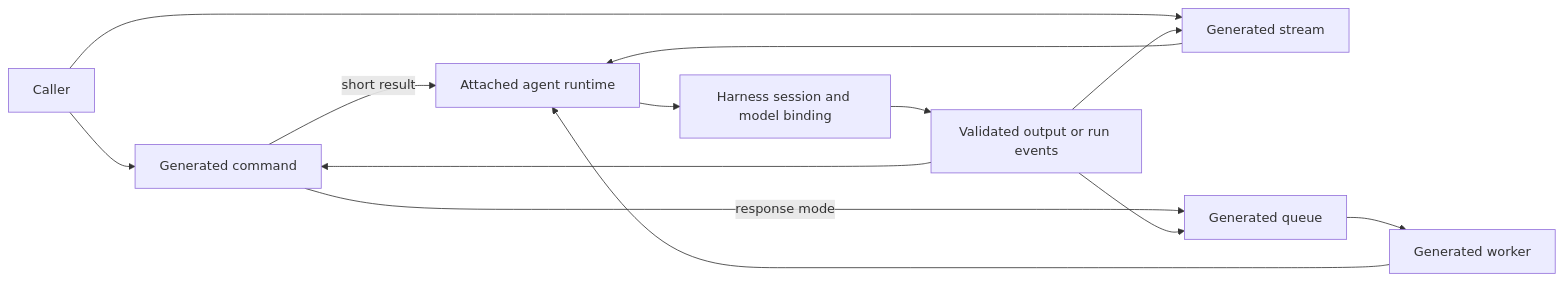
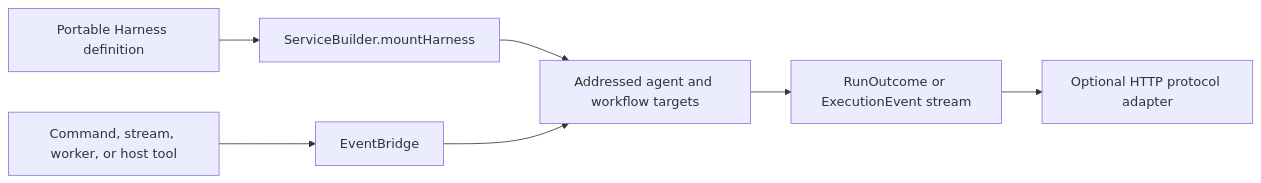
The diagram in web/src/content/handbook/framework/build-ai-powered-services/index.md (puristajs/purista), drawn with Mermaid before and after one commit. The commit also changed other lines of this file and 89 other files, not shown here.

````diff
--- a/web/src/content/handbook/framework/build-ai-powered-services/index.md
+++ b/web/src/content/handbook/framework/build-ai-powered-services/index.md
@@ -25,15 +12,9 @@
-```mermaid title="One attached agent expands into normal PURISTA boundaries"
+```mermaid title="Harness-first service integration"
 flowchart LR
-  Caller[Caller] --> C[Generated command]
-  Caller --> S[Generated stream]
-  C -->|short result| R[Attached agent runtime]
-  C -->|response mode| Q[Generated queue]
-  Q --> W[Generated worker]
-  W --> R
-  S --> R
-  R --> H[Harness session and model binding]
-  H --> O[Validated output or run events]
-  O --> C
-  O --> S
-  O --> Q
+  D[Portable Harness definition] --> M[ServiceBuilder.mountHarness]
+  M --> A[Addressed agent and workflow targets]
+  C[Command, stream, worker, or host tool] --> E[EventBridge]
+  E --> A
+  A --> R[RunOutcome or ExecutionEvent stream]
+  R --> P[Optional HTTP protocol adapter]
 ```
````
